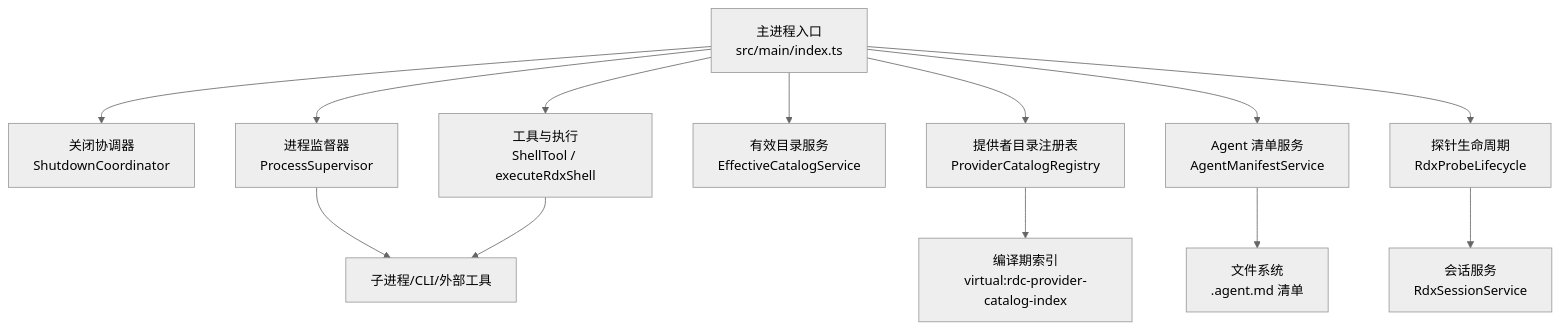
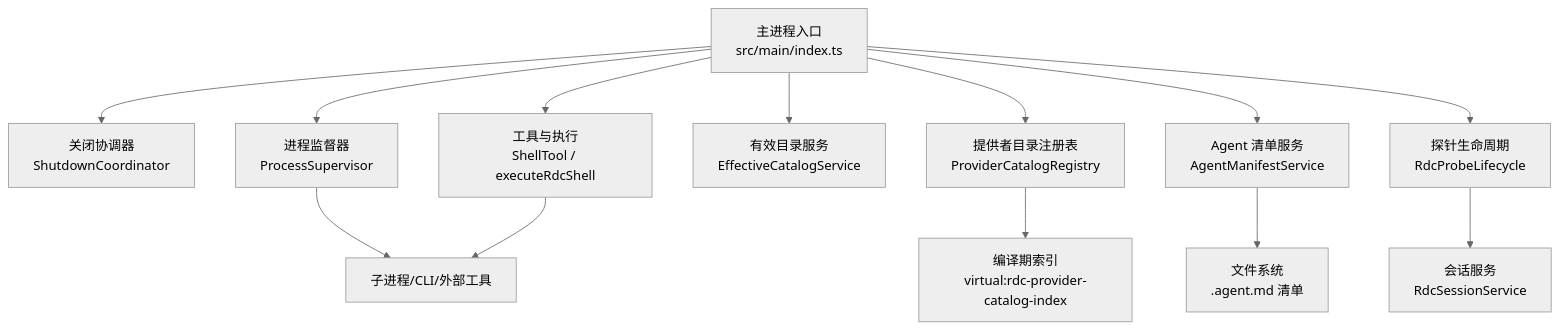
One commit to haolange/RDC-Agent changed the first of 11 diagrams in .qoder/repowiki/zh/content/扩展开发/扩展生命周期管理.md. Above: the diagram before and after it, drawn with Mermaid (neutral theme). The commit also changed other lines of this file and 557 other files, not shown here.

First line of the commit message:
Unify RDC-Agent identity and canonical RDC-Tool integration

````diff
--- a/.qoder/repowiki/zh/content/扩展开发/扩展生命周期管理.md
+++ b/.qoder/repowiki/zh/content/扩展开发/扩展生命周期管理.md
@@ -58,15 +58,15 @@
 ```mermaid
 graph TB
 Main["主进程入口<br/>src/main/index.ts"] --> SC["关闭协调器<br/>ShutdownCoordinator"]
 Main --> PS["进程监督器<br/>ProcessSupervisor"]
 Main --> PRC["提供者目录注册表<br/>ProviderCatalogRegistry"]
 Main --> ECS["有效目录服务<br/>EffectiveCatalogService"]
 Main --> AMS["Agent 清单服务<br/>AgentManifestService"]
 AMS --> FS["文件系统<br/>.agent.md 清单"]
 PRC --> IDX["编译期索引<br/>virtual:rdc-provider-catalog-index"]
 PS --> Child["子进程/CLI/外部工具"]
-Main --> Tools["工具与执行<br/>ShellTool / executeRdxShell"]
+Main --> Tools["工具与执行<br/>ShellTool / executeRdcShell"]
 Tools --> Child
-Main --> Probe["探针生命周期<br/>RdxProbeLifecycle"]
-Probe --> Sessions["会话服务<br/>RdxSessionService"]
+Main --> Probe["探针生命周期<br/>RdcProbeLifecycle"]
+Probe --> Sessions["会话服务<br/>RdcSessionService"]
 ```
````
